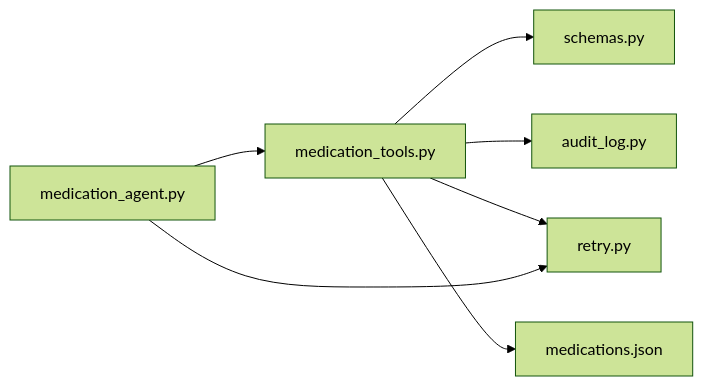
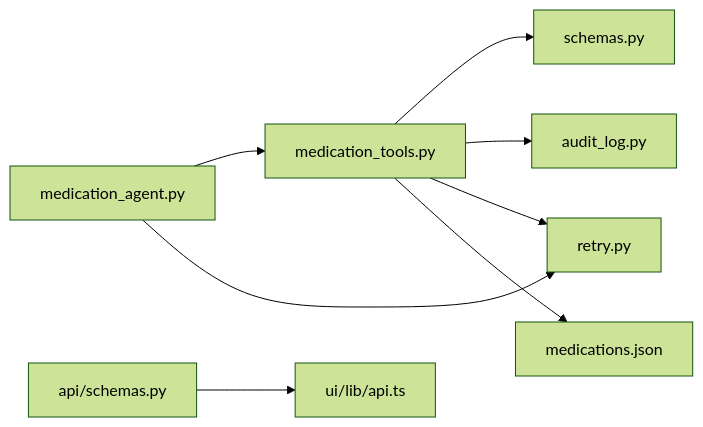
One commit to infamous-rebel/CareBridge changed the eighth of 8 diagrams in .qoder/repowiki/en/content/External Integrations/Medication Tools.md. Above: the diagram before and after it, drawn with Mermaid (forest theme). The commit also changed other lines of this file and 6 other files, not shown here.

````diff
--- a/.qoder/repowiki/en/content/External Integrations/Medication Tools.md
+++ b/.qoder/repowiki/en/content/External Integrations/Medication Tools.md
@@ -301,9 +353,10 @@
 ```mermaid
 graph LR
 MED_TOOLS["medication_tools.py"] --> SCHEMAS["schemas.py"]
 MED_TOOLS --> AUDIT["audit_log.py"]
 MED_TOOLS --> RETRY["retry.py"]
 MED_TOOLS --> FIXTURES["medications.json"]
 MED_AGENT["medication_agent.py"] --> MED_TOOLS
 MED_AGENT --> RETRY
+API_SCHEMAS["api/schemas.py"] --> FRONTEND_SCHEMA["ui/lib/api.ts"]
 ```
````
